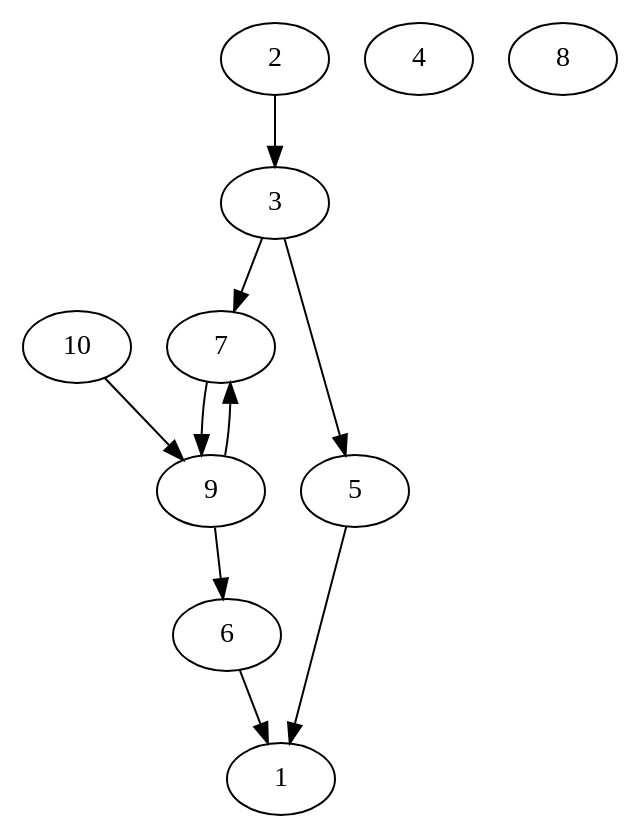
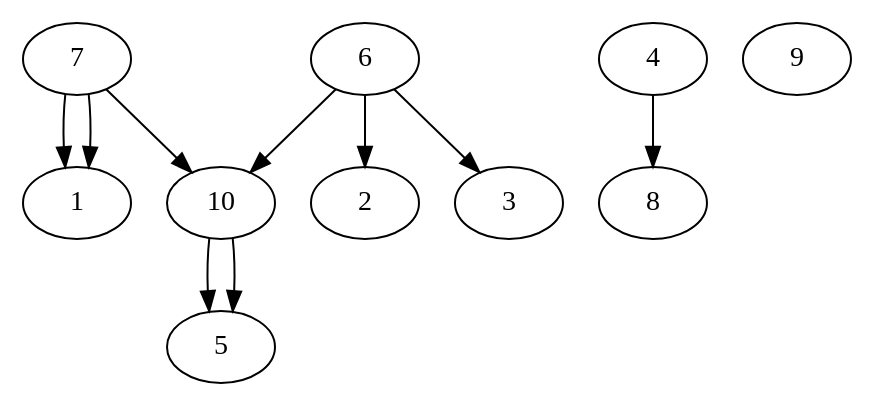
The diagram in proyecto_1/archivos_graphviz/grafo_erdos_renyi.dot (ElvisTech007/proyectos_DAA), drawn with Graphviz before and after one commit. The commit also changed 3 other files, not shown here.

```diff
--- a/proyecto_1/archivos_graphviz/grafo_erdos_renyi.dot
+++ b/proyecto_1/archivos_graphviz/grafo_erdos_renyi.dot
@@ -1,21 +1,21 @@
 digraph G_1 {
     1;
     2;
     3;
     4;
     5;
     6;
     7;
     8;
     9;
     10;
-    9 -> 7;
-    10 -> 9;
-    3 -> 5;
-    9 -> 6;
-    5 -> 1;
-    6 -> 1;
-    3 -> 7;
-    7 -> 9;
-    2 -> 3;
+    7 -> 10;
+    6 -> 2;
+    6 -> 3;
+    6 -> 10;
+    10 -> 5;
+    10 -> 5;
+    7 -> 1;
+    7 -> 1;
+    4 -> 8;
 }
```
